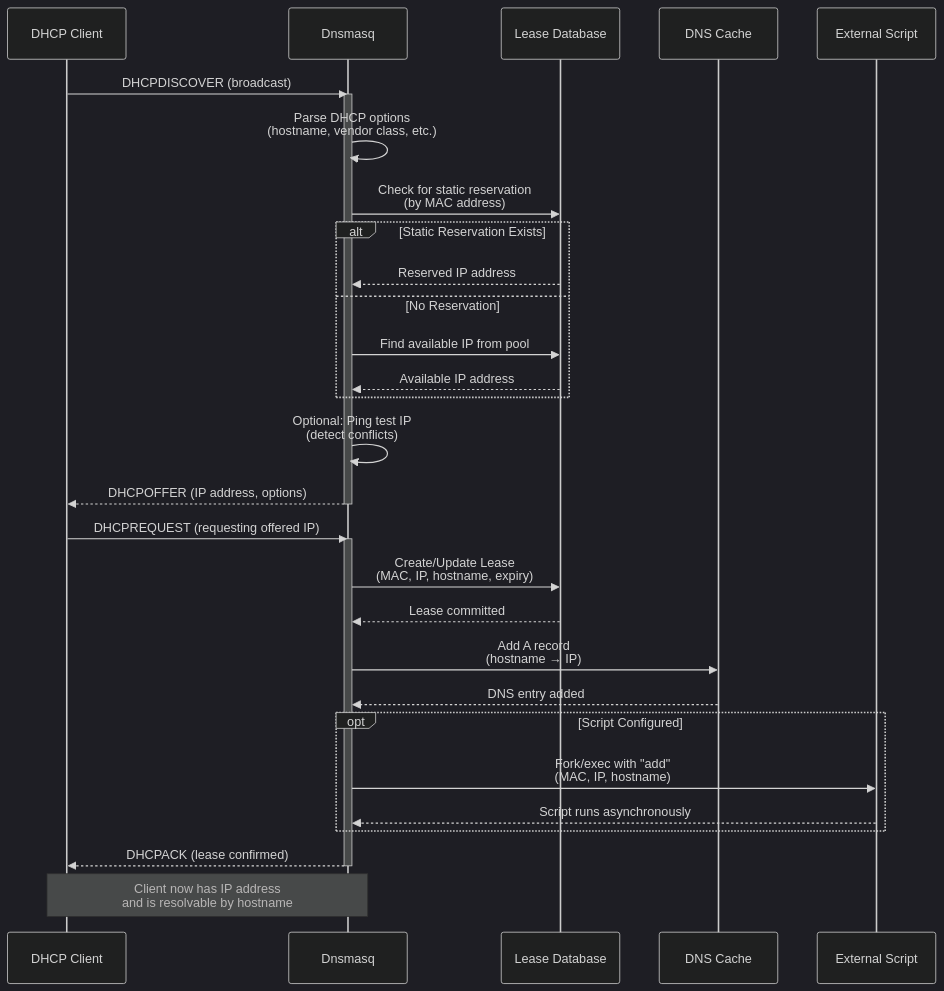
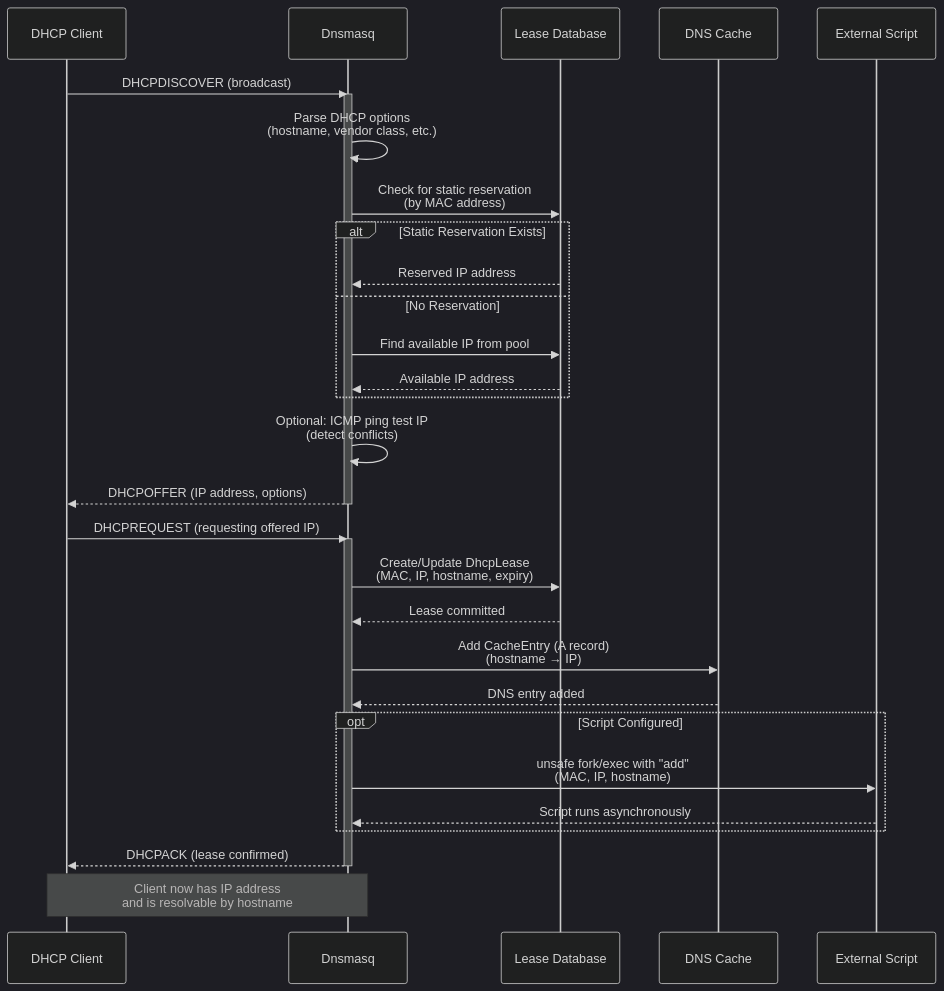
One commit to blitzy-public-samples/blitzy-dnsmasq changed the fourth of 5 diagrams in docs/ARCHITECTURE.md. Above: the diagram before and after it, drawn with Mermaid (dark theme). The commit also changed other lines of this file, not shown here.

First line of the commit message:
docs: rewrite ARCHITECTURE.md for Rust implementation

````diff
--- a/docs/ARCHITECTURE.md
+++ b/docs/ARCHITECTURE.md
@@ -671,46 +676,46 @@
 ```mermaid
 sequenceDiagram
     participant Client as DHCP Client
     participant Daemon as Dnsmasq
     participant LeaseDB as Lease Database
     participant DNSCache as DNS Cache
     participant Script as External Script
     
     Client->>Daemon: DHCPDISCOVER (broadcast)
     activate Daemon
     
     Daemon->>Daemon: Parse DHCP options<br/>(hostname, vendor class, etc.)
     
     Daemon->>LeaseDB: Check for static reservation<br/>(by MAC address)
     
     alt Static Reservation Exists
         LeaseDB-->>Daemon: Reserved IP address
     else No Reservation
         Daemon->>LeaseDB: Find available IP from pool
         LeaseDB-->>Daemon: Available IP address
     end
     
-    Daemon->>Daemon: Optional: Ping test IP<br/>(detect conflicts)
+    Daemon->>Daemon: Optional: ICMP ping test IP<br/>(detect conflicts)
     
     Daemon-->>Client: DHCPOFFER (IP address, options)
     deactivate Daemon
     
     Client->>Daemon: DHCPREQUEST (requesting offered IP)
     activate Daemon
     
-    Daemon->>LeaseDB: Create/Update Lease<br/>(MAC, IP, hostname, expiry)
+    Daemon->>LeaseDB: Create/Update DhcpLease<br/>(MAC, IP, hostname, expiry)
     LeaseDB-->>Daemon: Lease committed
     
-    Daemon->>DNSCache: Add A record<br/>(hostname → IP)
+    Daemon->>DNSCache: Add CacheEntry (A record)<br/>(hostname → IP)
     DNSCache-->>Daemon: DNS entry added
     
     opt Script Configured
-        Daemon->>Script: Fork/exec with "add"<br/>(MAC, IP, hostname)
+        Daemon->>Script: unsafe fork/exec with "add"<br/>(MAC, IP, hostname)
         Script-->>Daemon: Script runs asynchronously
     end
     
     Daemon-->>Client: DHCPACK (lease confirmed)
     deactivate Daemon
     
     Note over Client,Daemon: Client now has IP address<br/>and is resolvable by hostname
 ```
````
